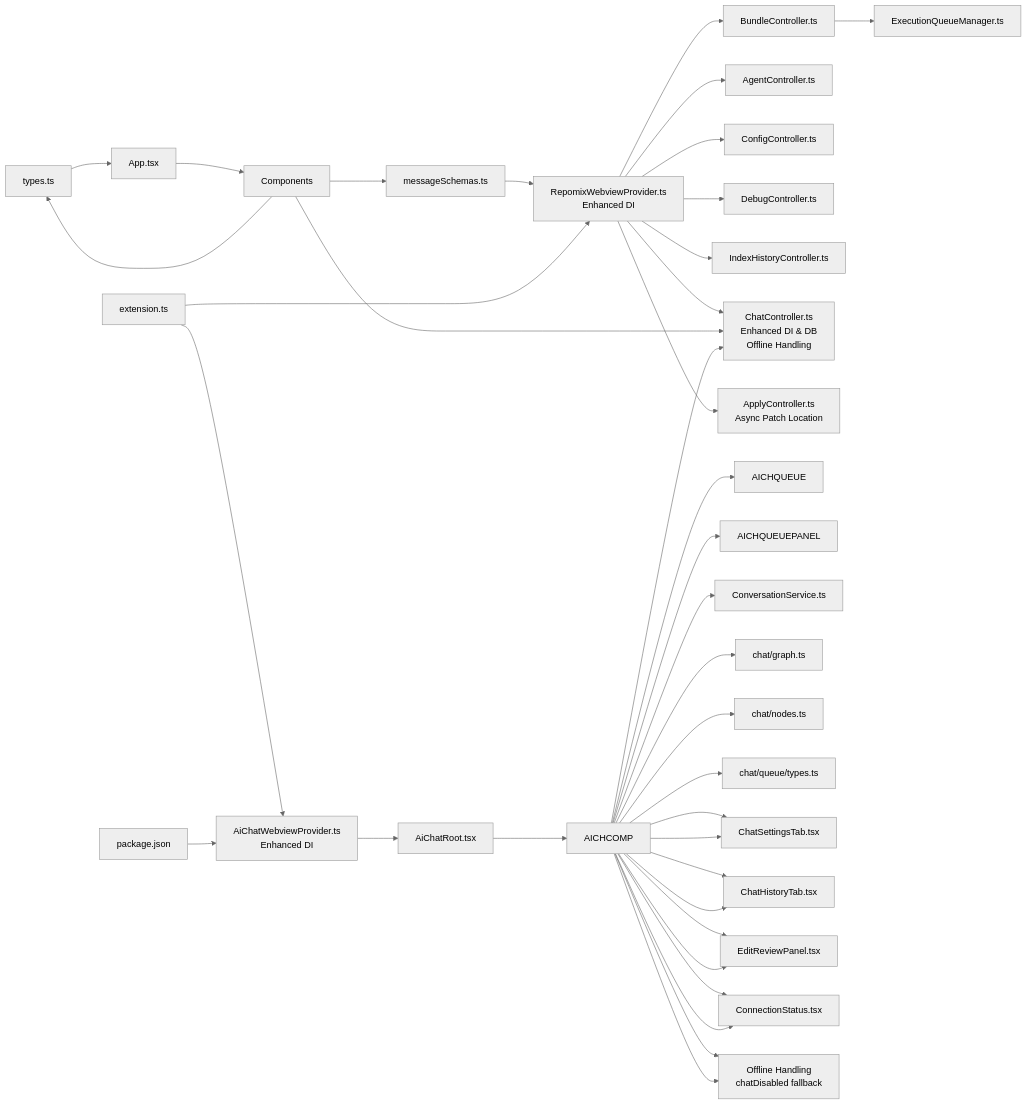
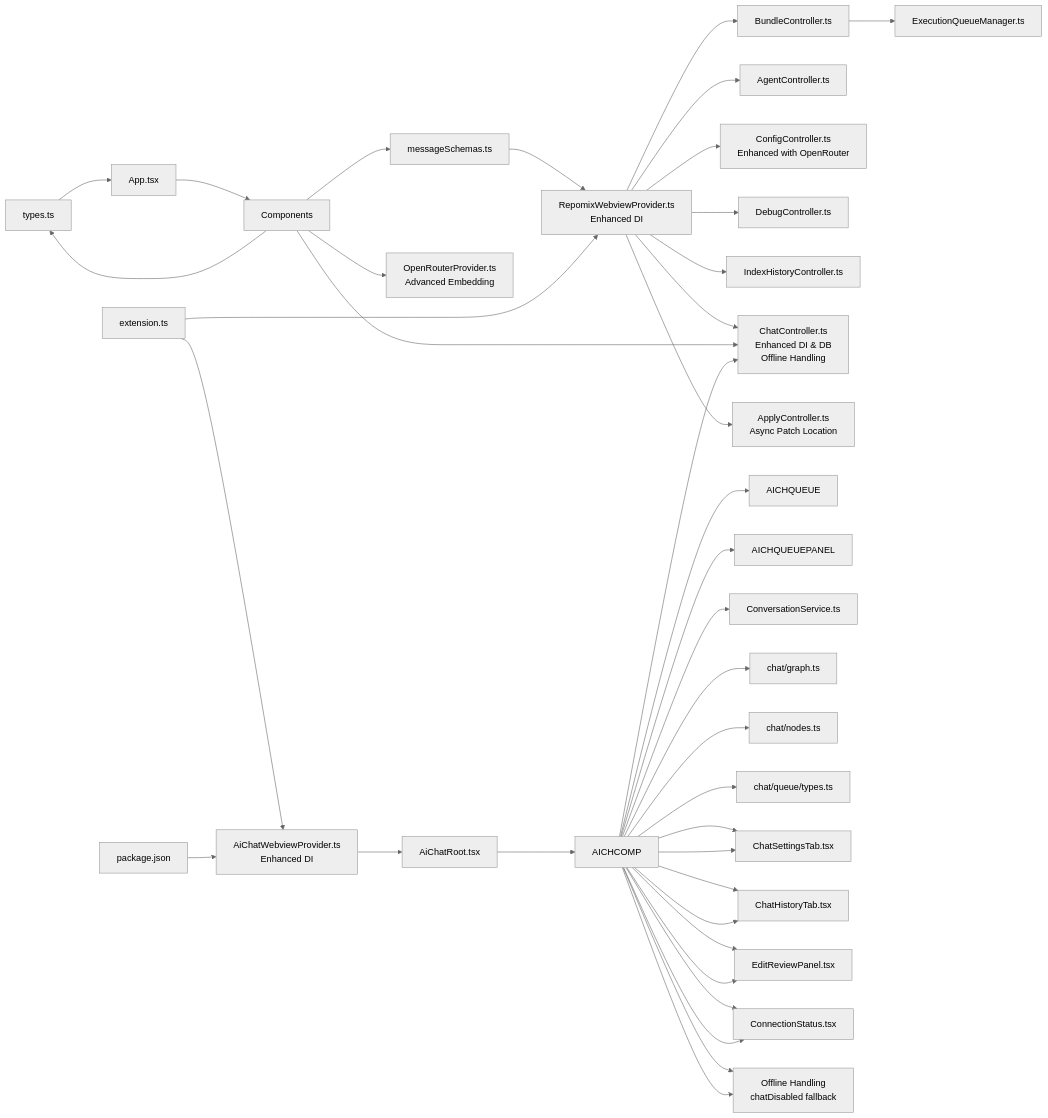
Before and after one commit to bramburn/repomix-runner: diagram 19 of 19 in .qoder/repowiki/en/content/Webview Interface/Webview Interface.md, drawn with Mermaid (neutral theme). The commit also changed other lines of this file and 14 other files, not shown here.

````diff
--- a/.qoder/repowiki/en/content/Webview Interface/Webview Interface.md
+++ b/.qoder/repowiki/en/content/Webview Interface/Webview Interface.md
@@ -1676,39 +1833,40 @@
 ```mermaid
 graph LR
 TYPES["types.ts"] --> APP["App.tsx"]
 MS["messageSchemas.ts"] --> RPV["RepomixWebviewProvider.ts<br/>Enhanced DI"]
 RPV --> BCTRL["BundleController.ts"]
 RPV --> ACTRL["AgentController.ts"]
-RPV --> CCTRL["ConfigController.ts"]
+RPV --> CCTRL["ConfigController.ts<br/>Enhanced with OpenRouter"]
 RPV --> DCTRL["DebugController.ts"]
 RPV --> IHCTRL["IndexHistoryController.ts"]
 RPV --> CHCTRL["ChatController.ts<br/>Enhanced DI & DB<br/>Offline Handling"]
 RPV --> APCTRL["ApplyController.ts<br/>Async Patch Location"]
 BCTRL --> EQM["ExecutionQueueManager.ts"]
 APP --> COMP["Components"]
 COMP --> TYPES
 COMP --> MS
 COMP --> CHCTRL
+COMP --> OPROV["OpenRouterProvider.ts<br/>Advanced Embedding"]
 AICHCOMP --> AICHQUEUE
 AICHCOMP --> AICHQUEUEPANEL
 AICHCOMP --> CHCTRL
 AICHCOMP --> CONV["ConversationService.ts"]
 AICHCOMP --> CHATGRAPH["chat/graph.ts"]
 AICHCOMP --> CHATNODES["chat/nodes.ts"]
 AICHCOMP --> QUEUETYPES["chat/queue/types.ts"]
 AICHCOMP --> SETTINGSCOMP["ChatSettingsTab.tsx"]
 AICHCOMP --> HISTORYCOMP["ChatHistoryTab.tsx"]
 AICHCOMP --> REVIEWCOMP["EditReviewPanel.tsx"]
 AICHCOMP --> CONNCOMP["ConnectionStatus.tsx"]
 AICHCOMP --> OFFLINECOMP["Offline Handling<br/>chatDisabled fallback"]
 EXT["extension.ts"] --> RPV
 EXT --> AICHPROV["AiChatWebviewProvider.ts<br/>Enhanced DI"]
 AICHPROV --> AICHROOT["AiChatRoot.tsx"]
 AICHROOT --> AICHCOMP
 AICHCOMP --> SETTINGSCOMP
 AICHCOMP --> HISTORYCOMP
 AICHCOMP --> REVIEWCOMP
 AICHCOMP --> CONNCOMP
 AICHCOMP --> OFFLINECOMP
 PKG["package.json"] --> AICHPROV
 ```
````
